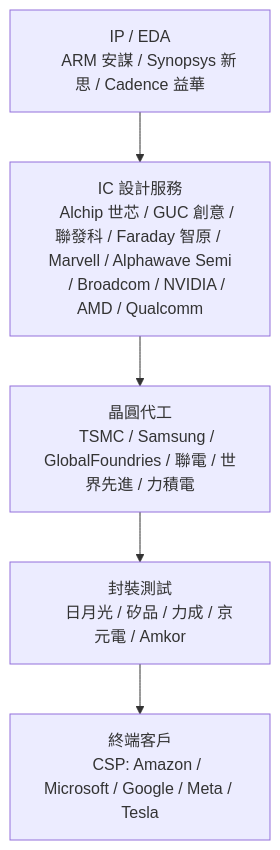
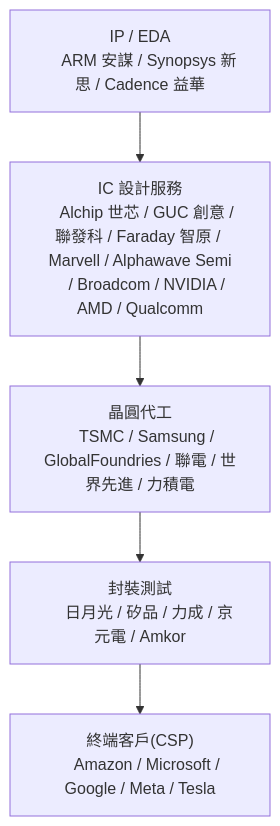
One commit to CiCicode/asic-compare changed the diagram in README.md. Above: the diagram before and after it, drawn with Mermaid.

````diff
--- a/README.md
+++ b/README.md
@@ -13,16 +13,16 @@
 ```mermaid
 flowchart TD
     A["IP / EDA
     ARM 安謀 / Synopsys 新思 / Cadence 益華"]
     B["IC 設計服務
     Alchip 世芯 / GUC 創意 / 聯發科 / Faraday 智原 / Marvell / Alphawave Semi
     / Broadcom / NVIDIA / AMD / Qualcomm"]
     C["晶圓代工
     TSMC / Samsung / GlobalFoundries / 聯電 / 世界先進 / 力積電"]
     D["封裝測試
     日月光 / 矽品 / 力成 / 京元電 / Amkor"]
-    E["終端客戶
-    CSP: Amazon / Microsoft / Google / Meta / Tesla"]
+    E["終端客戶(CSP)
+    Amazon / Microsoft / Google / Meta / Tesla"]
 
     A --> B --> C --> D --> E
 ```
````
